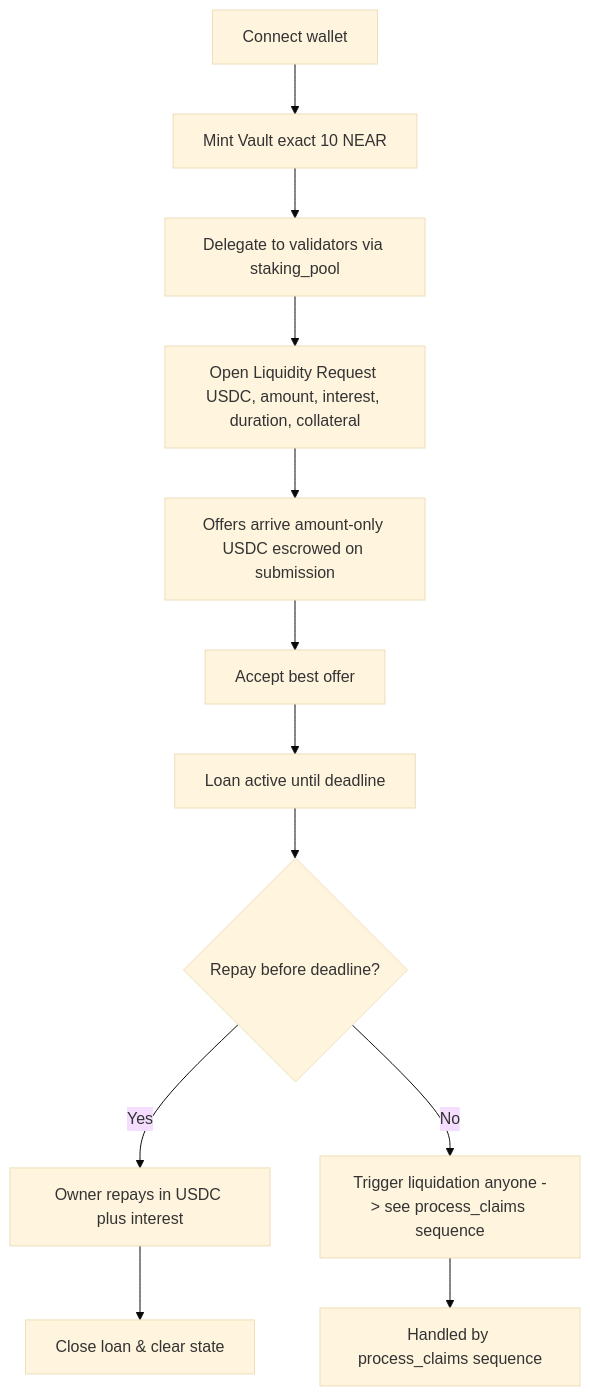
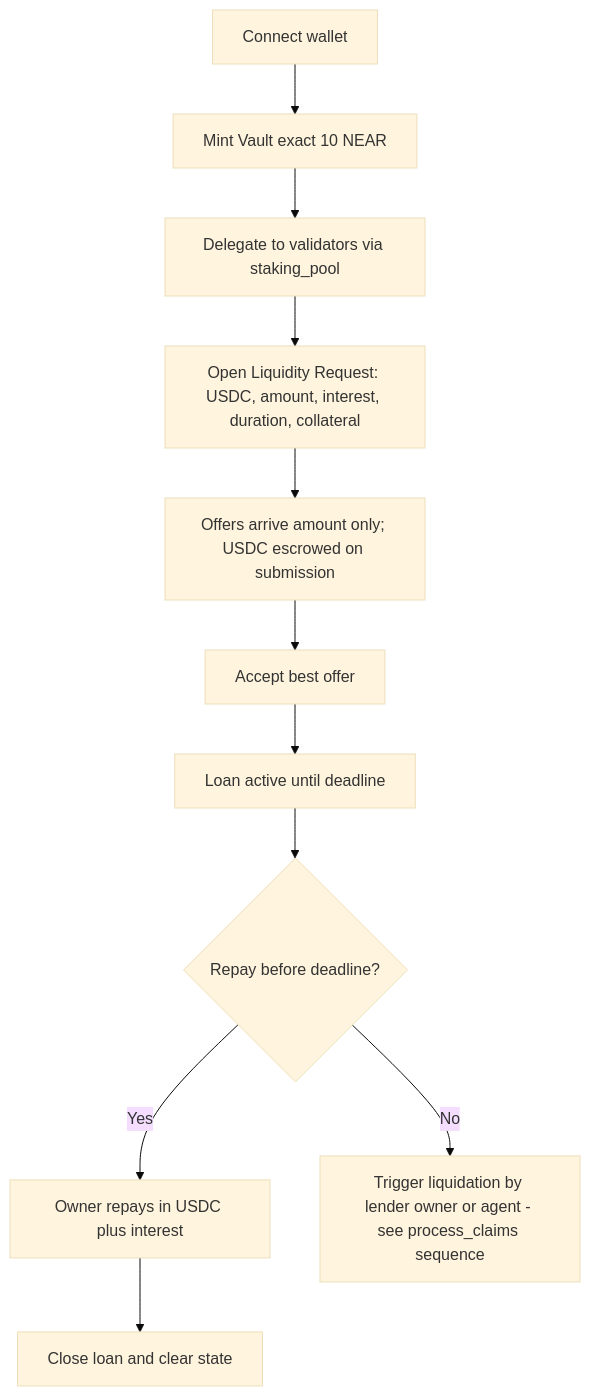
The first of 6 diagrams in PERSONAS_AND_FLOWS.md (sudostake/resources), drawn with Mermaid (base theme) before and after one commit. The commit also changed other lines of this file, not shown here.

First line of the commit message:
Revise personas and flow documentation for NEAR MVP

````diff
--- a/PERSONAS_AND_FLOWS.md
+++ b/PERSONAS_AND_FLOWS.md
@@ -86,14 +99,13 @@
 ```mermaid
 flowchart TD
-A[Connect wallet] --> B[Mint Vault exact 10 NEAR]
-B --> C[Delegate to validators via staking_pool]
-C --> D[Open Liquidity Request USDC, amount, interest, duration, collateral]
-D --> E[Offers arrive amount‑only USDC escrowed on submission]
-E --> F[Accept best offer]
-F --> G[Loan active until deadline]
-G --> H{Repay before deadline?}
-H -- Yes --> I[Owner repays in USDC plus interest]
-I --> J[Close loan & clear state]
-H -- No --> K[Trigger liquidation anyone -> see process_claims sequence]
-K --> L[Handled by process_claims sequence]
+    A[Connect wallet] --> B[Mint Vault exact 10 NEAR]
+    B --> C[Delegate to validators via staking_pool]
+    C --> D[Open Liquidity Request: USDC, amount, interest, duration, collateral]
+    D --> E[Offers arrive amount only; USDC escrowed on submission]
+    E --> F[Accept best offer]
+    F --> G[Loan active until deadline]
+    G --> H{Repay before deadline?}
+    H -- Yes --> I[Owner repays in USDC plus interest]
+    I --> J[Close loan and clear state]
+    H -- No --> K[Trigger liquidation by lender owner or agent - see process_claims sequence]
 ```
````
